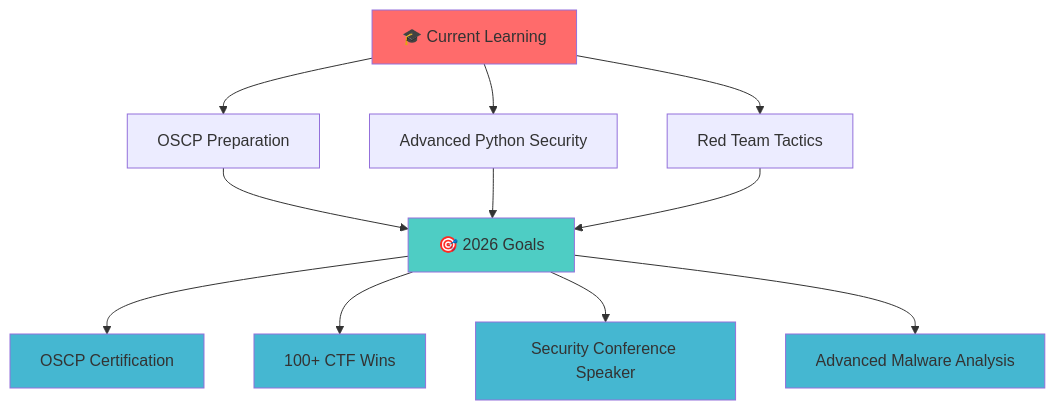
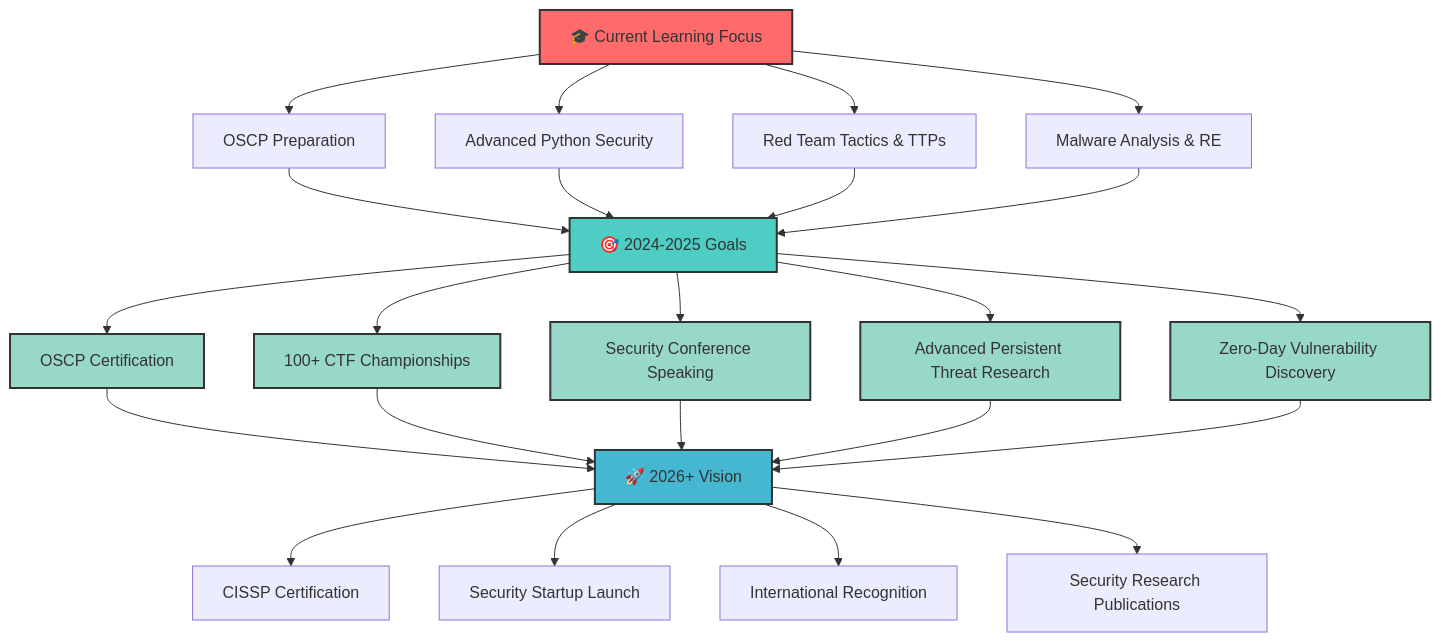
The diagram in README.md (irfan-sec/irfan-sec), drawn with Mermaid before and after one commit. The commit also changed other lines of this file, not shown here.

````diff
--- a/README.md
+++ b/README.md
@@ -203,22 +839,38 @@
 ```mermaid
 graph TD
-    A[🎓 Current Learning] --> B[OSCP Preparation]
+    A[🎓 Current Learning Focus] --> B[OSCP Preparation]
     A --> C[Advanced Python Security]
-    A --> D[Red Team Tactics]
+    A --> D[Red Team Tactics & TTPs]
+    A --> E[Malware Analysis & RE]
     
-    B --> E[🎯 2026 Goals]
-    C --> E
-    D --> E
+    B --> F[🎯 2024-2025 Goals]
+    C --> F
+    D --> F
+    E --> F
     
-    E --> F[OSCP Certification]
-    E --> G[100+ CTF Wins]
-    E --> H[Security Conference Speaker]
-    E --> I[Advanced Malware Analysis]
+    F --> G[OSCP Certification]
+    F --> H[100+ CTF Championships]
+    F --> I[Security Conference Speaking]
+    F --> J[Advanced Persistent Threat Research]
+    F --> K[Zero-Day Vulnerability Discovery]
     
-    style A fill:#ff6b6b
-    style E fill:#4ecdc4
-    style F fill:#45b7d1
-    style G fill:#45b7d1
-    style H fill:#45b7d1
-    style I fill:#45b7d1
+    G --> L[🚀 2026+ Vision]
+    H --> L
+    I --> L
+    J --> L
+    K --> L
+    
+    L --> M[CISSP Certification]
+    L --> N[Security Startup Launch]
+    L --> O[International Recognition]
+    L --> P[Security Research Publications]
+    
+    style A fill:#ff6b6b,stroke:#333,stroke-width:2px
+    style F fill:#4ecdc4,stroke:#333,stroke-width:2px
+    style L fill:#45b7d1,stroke:#333,stroke-width:2px
+    style G fill:#98d8c8,stroke:#333,stroke-width:2px
+    style H fill:#98d8c8,stroke:#333,stroke-width:2px
+    style I fill:#98d8c8,stroke:#333,stroke-width:2px
+    style J fill:#98d8c8,stroke:#333,stroke-width:2px
+    style K fill:#98d8c8,stroke:#333,stroke-width:2px
 ```
````
